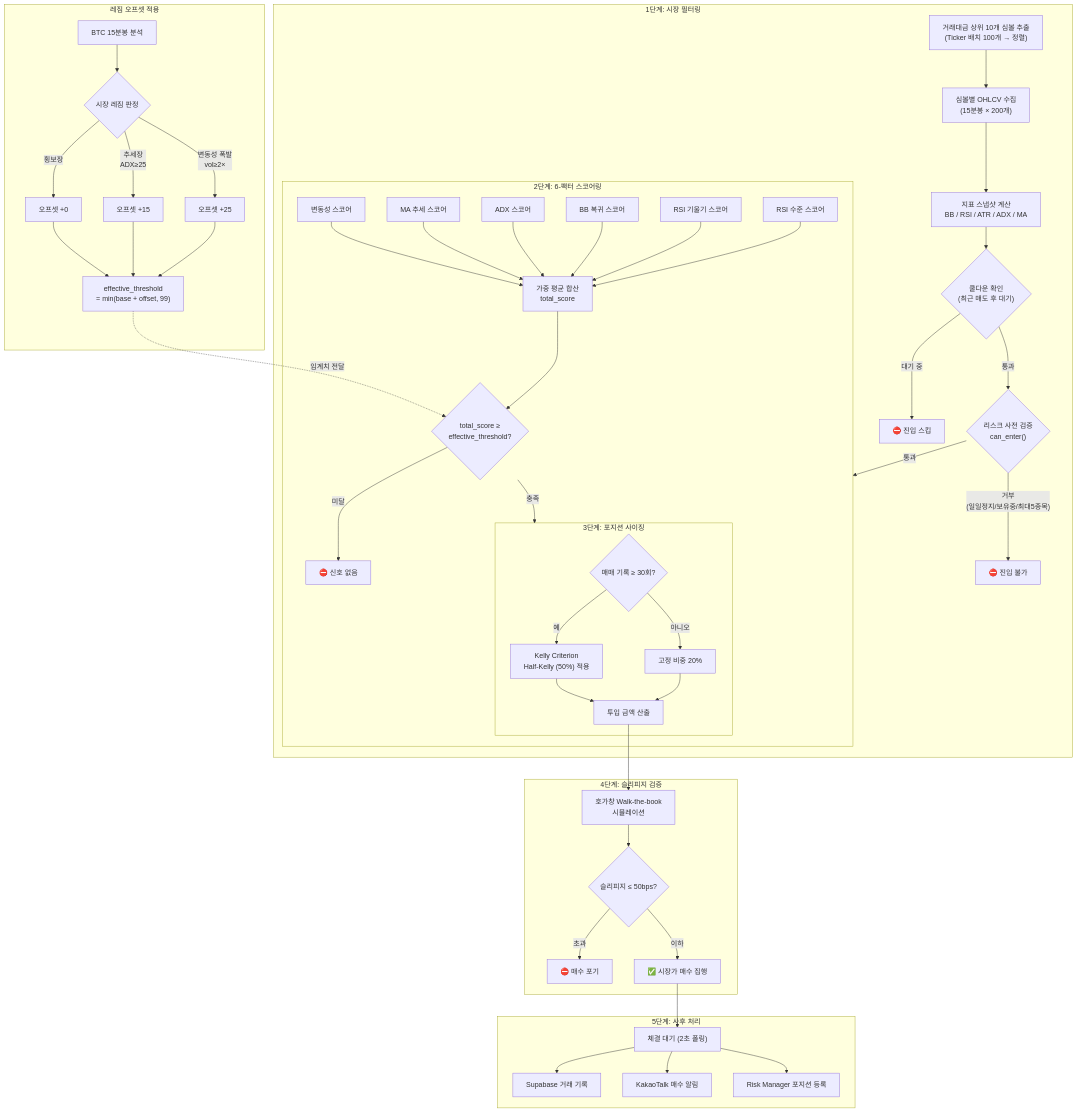
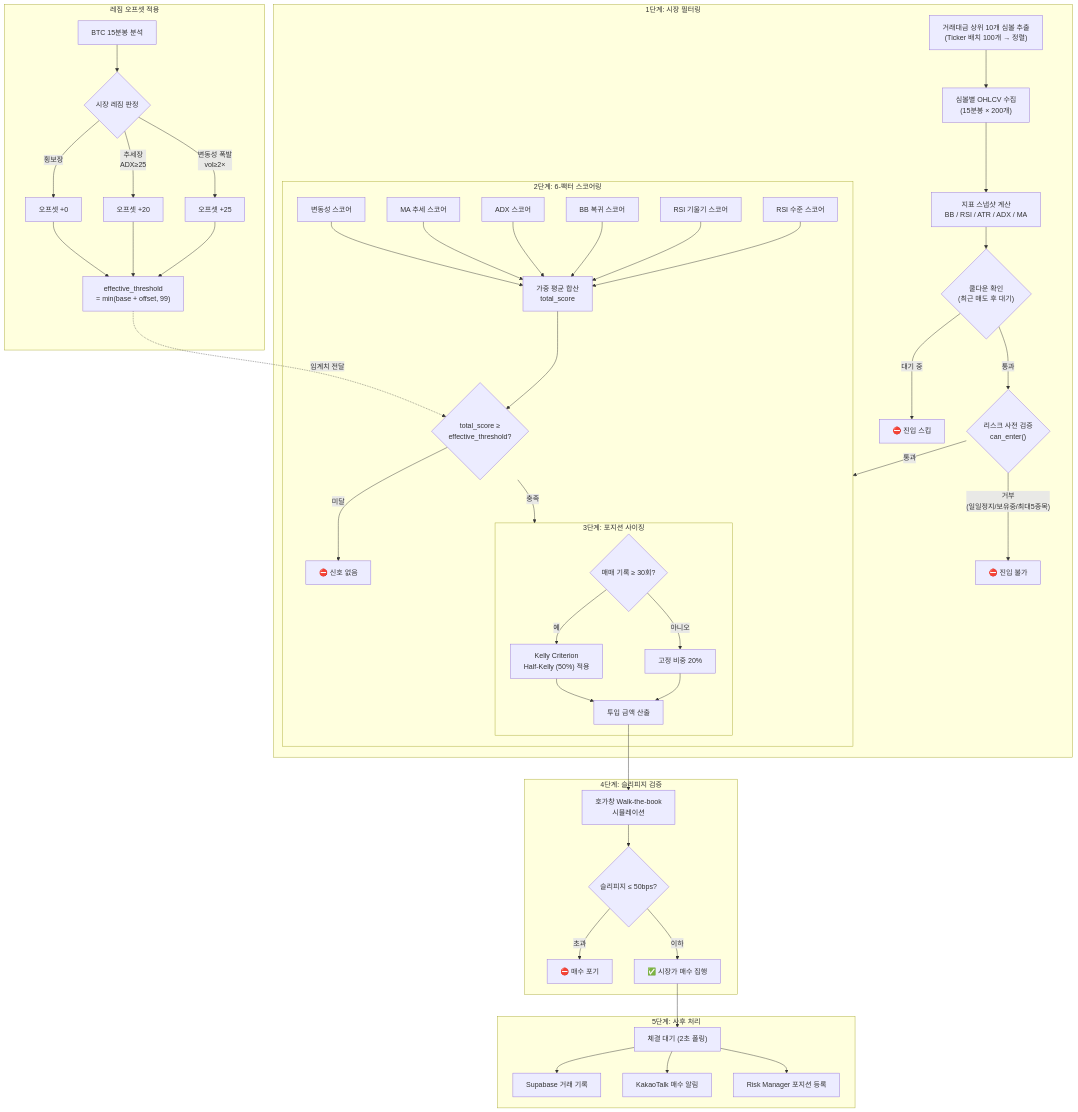
Before and after one commit to blackstarzck/zenith: the first of 2 diagrams in docs/Algorithm_Specification.md, drawn with Mermaid. The commit also changed other lines of this file and 5 other files, not shown here.

First line of the commit message:
docs: GPT 전략 리팩터 반영 — 4개 문서 값/다이어그램 동기화

````diff
--- a/docs/Algorithm_Specification.md
+++ b/docs/Algorithm_Specification.md
@@ -50,55 +53,55 @@
 ```mermaid
 flowchart TD
     subgraph FILTER["1단계: 시장 필터링"]
         F1["거래대금 상위 10개 심볼 추출<br/>(Ticker 배치 100개 → 정렬)"] --> F2["심볼별 OHLCV 수집<br/>(15분봉 × 200개)"]
         F2 --> F3["지표 스냅샷 계산<br/>BB / RSI / ATR / ADX / MA"]
         F3 --> F4{"쿨다운 확인<br/>(최근 매도 후 대기)"}
         F4 -->|"대기 중"| F4X["⛔ 진입 스킵"]
         F4 -->|"통과"| F5{"리스크 사전 검증<br/>can_enter()"}
         F5 -->|"거부<br/>(일일정지/보유중/최대5종목)"| F5X["⛔ 진입 불가"]
         F5 -->|"통과"| SCORE
     end
 
     subgraph SCORE["2단계: 6-팩터 스코어링"]
         S1["변동성 스코어"] --> S7["가중 평균 합산<br/>total_score"]
         S2["MA 추세 스코어"] --> S7
         S3["ADX 스코어"] --> S7
         S4["BB 복귀 스코어"] --> S7
         S5["RSI 기울기 스코어"] --> S7
         S6["RSI 수준 스코어"] --> S7
         S7 --> S8{"total_score ≥<br/>effective_threshold?"}
         S8 -->|"미달"| S8X["⛔ 신호 없음"]
         S8 -->|"충족"| SIZING
     end
 
     subgraph REGIME["레짐 오프셋 적용"]
         R1["BTC 15분봉 분석"] --> R2{"시장 레짐 판정"}
         R2 -->|"횡보장"| R3["오프셋 +0"]
-        R2 -->|"추세장<br/>ADX≥25"| R4["오프셋 +15"]
+        R2 -->|"추세장<br/>ADX≥25"| R4["오프셋 +20"]
         R2 -->|"변동성 폭발<br/>vol≥2×"| R5["오프셋 +25"]
         R3 & R4 & R5 --> R6["effective_threshold<br/>= min(base + offset, 99)"]
     end
 
     R6 -.->|"임계치 전달"| S8
 
     subgraph SIZING["3단계: 포지션 사이징"]
         K1{"매매 기록 ≥ 30회?"}
         K1 -->|"예"| K2["Kelly Criterion<br/>Half-Kelly (50%) 적용"]
         K1 -->|"아니오"| K3["고정 비중 20%"]
         K2 & K3 --> K4["투입 금액 산출"]
     end
 
     subgraph SLIP["4단계: 슬리피지 검증"]
         K4 --> SL1["호가창 Walk-the-book<br/>시뮬레이션"]
         SL1 --> SL2{"슬리피지 ≤ 50bps?"}
         SL2 -->|"초과"| SL3["⛔ 매수 포기"]
         SL2 -->|"이하"| BUY["✅ 시장가 매수 집행"]
     end
 
     subgraph POST["5단계: 사후 처리"]
         BUY --> P1["체결 대기 (2초 폴링)"]
         P1 --> P2["Supabase 거래 기록"]
         P1 --> P3["KakaoTalk 매수 알림"]
         P1 --> P4["Risk Manager 포지션 등록"]
     end
 ```
````
